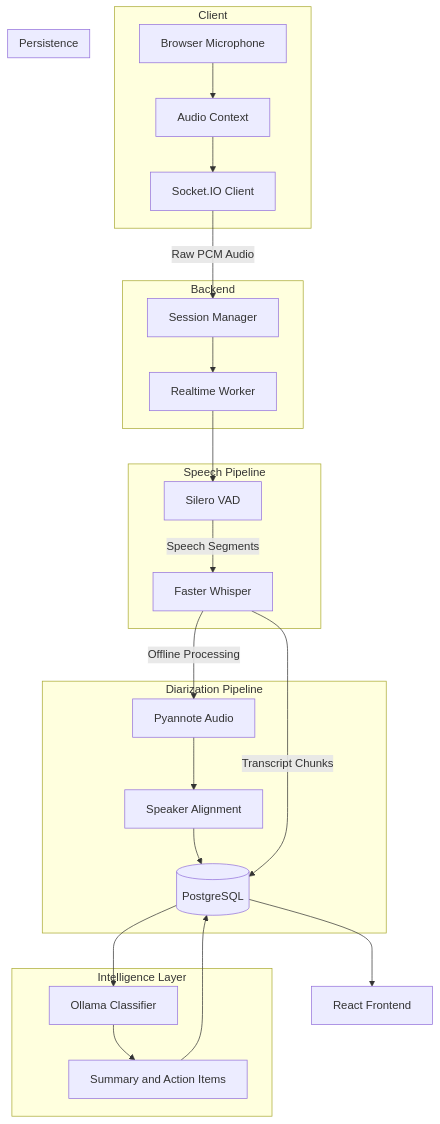
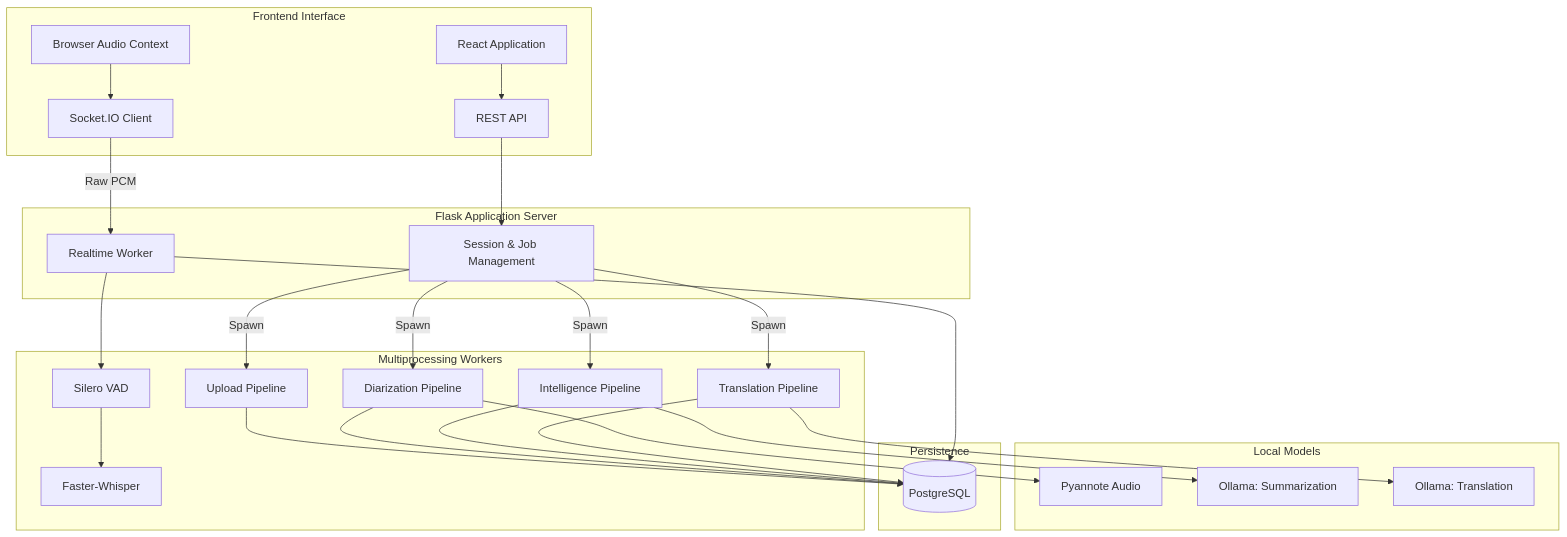
The diagram in README.md (dkstlzk/speechflow), drawn with Mermaid before and after one commit. The commit also changed other lines of this file, not shown here.

````diff
--- a/README.md
+++ b/README.md
@@ -95,36 +17,37 @@
 ```mermaid
 flowchart TD
-
-    subgraph Client
-        A[Browser Microphone] --> B[Audio Context]
-        B --> C[Socket.IO Client]
+    subgraph Client [Frontend Interface]
+        Browser[Browser Audio Context] --> Socket[Socket.IO Client]
+        UI[React Application] --> HTTP[REST API]
     end
 
-    subgraph Backend
-        C -->|Raw PCM Audio| D[Session Manager]
-        D --> E[Realtime Worker]
+    subgraph Backend [Flask Application Server]
+        Socket -->|Raw PCM| Realtime[Realtime Worker]
+        HTTP --> Sessions[Session & Job Management]
     end
 
-    subgraph Speech Pipeline
-        E --> F[Silero VAD]
-        F -->|Speech Segments| G[Faster Whisper]
+    subgraph Processing [Multiprocessing Workers]
+        Realtime --> VAD[Silero VAD]
+        VAD --> Whisper[Faster-Whisper]
+        
+        Sessions -->|Spawn| UploadWorker[Upload Pipeline]
+        Sessions -->|Spawn| DiarizationWorker[Diarization Pipeline]
+        Sessions -->|Spawn| IntelligenceWorker[Intelligence Pipeline]
+        Sessions -->|Spawn| TranslationWorker[Translation Pipeline]
     end
 
-    subgraph Diarization Pipeline
-        G -->|Offline Processing| M[Pyannote Audio]
-        M --> N[Speaker Alignment]
-        N --> H[(PostgreSQL)]
+    subgraph Inference [Local Models]
+        Whisper
+        DiarizationWorker --> Pyannote[Pyannote Audio]
+        IntelligenceWorker --> OllamaSum[Ollama: Summarization]
+        TranslationWorker --> OllamaTrans[Ollama: Translation]
     end
 
-    subgraph Persistence
-        G -->|Transcript Chunks| H
+    subgraph Data [Persistence]
+        Realtime --> Postgres[(PostgreSQL)]
+        UploadWorker --> Postgres
+        DiarizationWorker --> Postgres
+        IntelligenceWorker --> Postgres
+        TranslationWorker --> Postgres
     end
-
-    subgraph Intelligence Layer
-        H --> I[Ollama Classifier]
-        I --> J[Summary and Action Items]
-        J --> H
-    end
-
-    H --> K[React Frontend]
 ```
````
